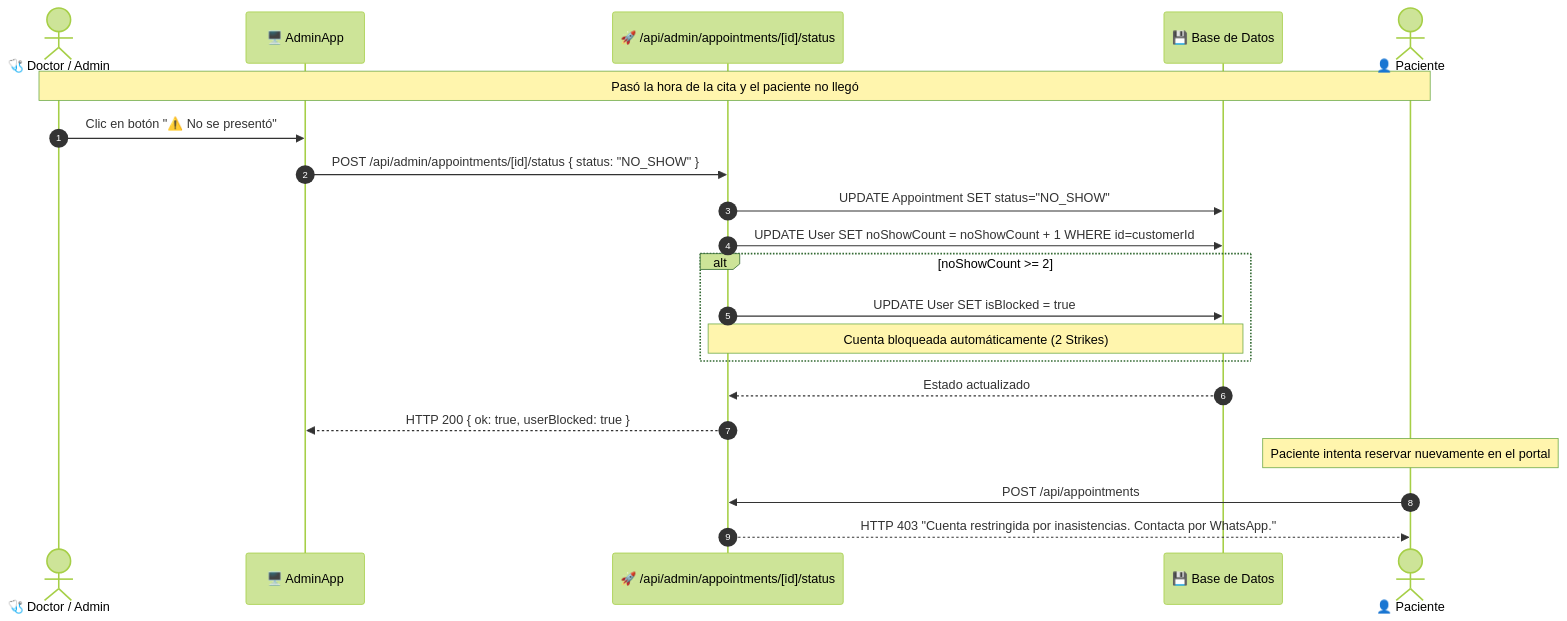
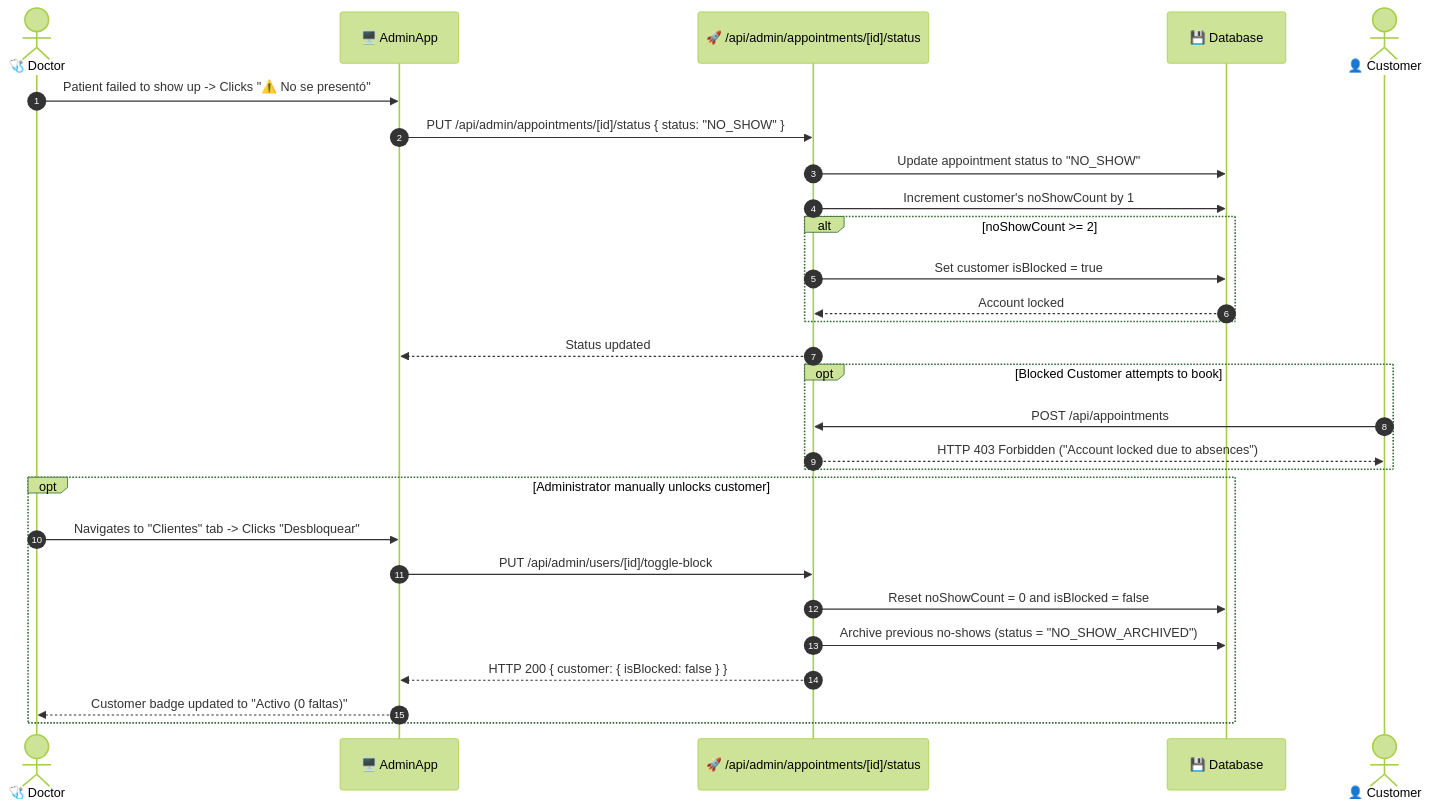
The fourth of 4 diagrams in docs/FLOWS.md (iamcristian/reservation-microsystem), drawn with Mermaid (forest theme) before and after one commit. The commit also changed other lines of this file and 17 other files, not shown here.

````diff
--- a/docs/FLOWS.md
+++ b/docs/FLOWS.md
@@ -113,27 +123,34 @@
 ```mermaid
 sequenceDiagram
     autonumber
-    actor Medico as 🩺 Doctor / Admin
-    participant AdminUI as 🖥️ AdminApp
+    actor Doctor as 🩺 Doctor
+    participant UI as 🖥️ AdminApp
     participant API as 🚀 /api/admin/appointments/[id]/status
-    participant DB as 💾 Base de Datos
-    actor Cliente as 👤 Paciente
+    participant DB as 💾 Database
+    actor Customer as 👤 Customer
 
-    Note over Medico,Cliente: Pasó la hora de la cita y el paciente no llegó
-    Medico->>AdminUI: Clic en botón "⚠️ No se presentó"
-    AdminUI->>API: POST /api/admin/appointments/[id]/status { status: "NO_SHOW" }
-    
-    API->>DB: UPDATE Appointment SET status="NO_SHOW"
-    API->>DB: UPDATE User SET noShowCount = noShowCount + 1 WHERE id=customerId
+    Doctor->>UI: Patient failed to show up -> Clicks "⚠️ No se presentó"
+    UI->>API: PUT /api/admin/appointments/[id]/status { status: "NO_SHOW" }
+    API->>DB: Update appointment status to "NO_SHOW"
+    API->>DB: Increment customer's noShowCount by 1
     
     alt noShowCount >= 2
-        API->>DB: UPDATE User SET isBlocked = true
-        Note over API,DB: Cuenta bloqueada automáticamente (2 Strikes)
+        API->>DB: Set customer isBlocked = true
+        DB-->>API: Account locked
     end
-    DB-->>API: Estado actualizado
-    API-->>AdminUI: HTTP 200 { ok: true, userBlocked: true }
-    
-    Note over Cliente: Paciente intenta reservar nuevamente en el portal
-    Cliente->>API: POST /api/appointments
-    API-->>Cliente: HTTP 403 "Cuenta restringida por inasistencias. Contacta por WhatsApp."
+    API-->>UI: Status updated
+
+    opt Blocked Customer attempts to book
+        Customer->>API: POST /api/appointments
+        API-->>Customer: HTTP 403 Forbidden ("Account locked due to absences")
+    end
+
+    opt Administrator manually unlocks customer
+        Doctor->>UI: Navigates to "Clientes" tab -> Clicks "Desbloquear"
+        UI->>API: PUT /api/admin/users/[id]/toggle-block
+        API->>DB: Reset noShowCount = 0 and isBlocked = false
+        API->>DB: Archive previous no-shows (status = "NO_SHOW_ARCHIVED")
+        API-->>UI: HTTP 200 { customer: { isBlocked: false } }
+        UI-->>Doctor: Customer badge updated to "Activo (0 faltas)"
+    end
 ```
````
